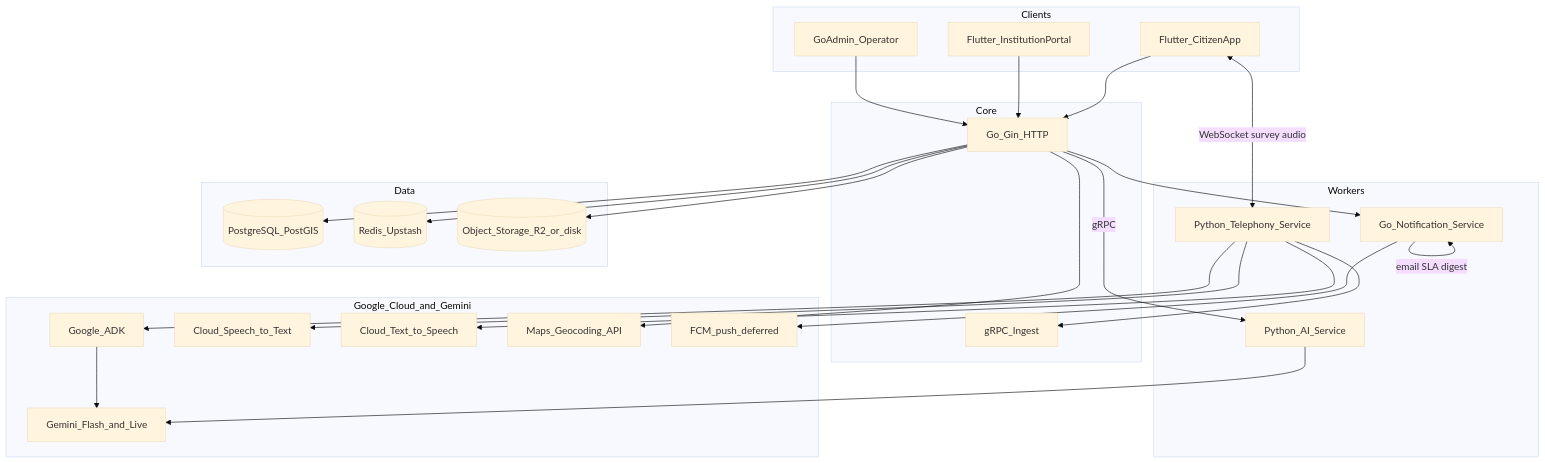
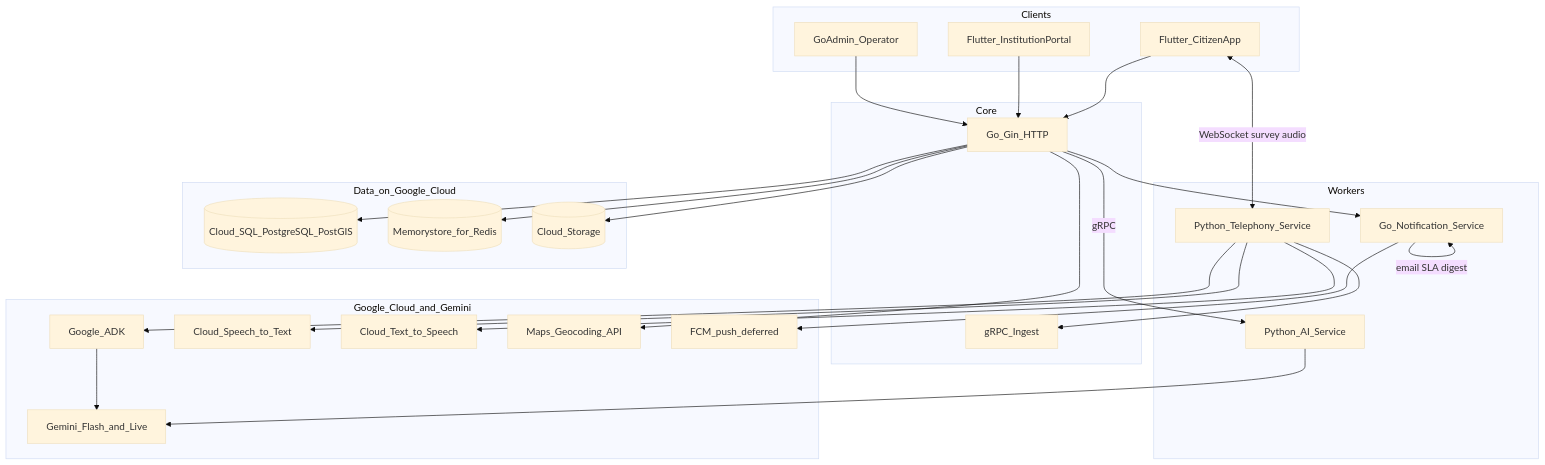
One commit to CivilPulse-AI/civicpulse-infra changed the fourth of 4 diagrams in PRODUCT.md. Above: the diagram before and after it, drawn with Mermaid (base theme). The commit also changed other lines of this file, not shown here.

````diff
--- a/PRODUCT.md
+++ b/PRODUCT.md
@@ -169,53 +169,53 @@
 ```mermaid
 flowchart TB
   subgraph clients [Clients]
     mobile[Flutter_CitizenApp]
     web[Flutter_InstitutionPortal]
     adminUI[GoAdmin_Operator]
   end
 
   subgraph edge [Core]
     gin[Go_Gin_HTTP]
     grpcIn[gRPC_Ingest]
   end
 
   subgraph workers [Workers]
     aiSvc[Python_AI_Service]
     telSvc[Python_Telephony_Service]
     notifSvc[Go_Notification_Service]
   end
 
-  subgraph data [Data]
-    pg[(PostgreSQL_PostGIS)]
-    redis[(Redis_Upstash)]
-    obj[(Object_Storage_R2_or_disk)]
+  subgraph data [Data_on_Google_Cloud]
+    pg[(Cloud_SQL_PostgreSQL_PostGIS)]
+    redis[(Memorystore_for_Redis)]
+    obj[(Cloud_Storage)]
   end
 
   subgraph google [Google_Cloud_and_Gemini]
     gemini[Gemini_Flash_and_Live]
     adk[Google_ADK]
     stt[Cloud_Speech_to_Text]
     tts[Cloud_Text_to_Speech]
     maps[Maps_Geocoding_API]
     fcm[FCM_push_deferred]
   end
 
   mobile --> gin
   web --> gin
   adminUI --> gin
   gin --> pg
   gin --> redis
   gin --> obj
   gin -->|gRPC| aiSvc
   aiSvc --> gemini
   gin --> maps
   telSvc --> adk
   adk --> gemini
   telSvc --> stt
   telSvc --> tts
   mobile <-->|WebSocket survey audio| telSvc
   telSvc --> grpcIn
   gin --> notifSvc
   notifSvc --> fcm
   notifSvc -->|email SLA digest| notifSvc
 ```
````
